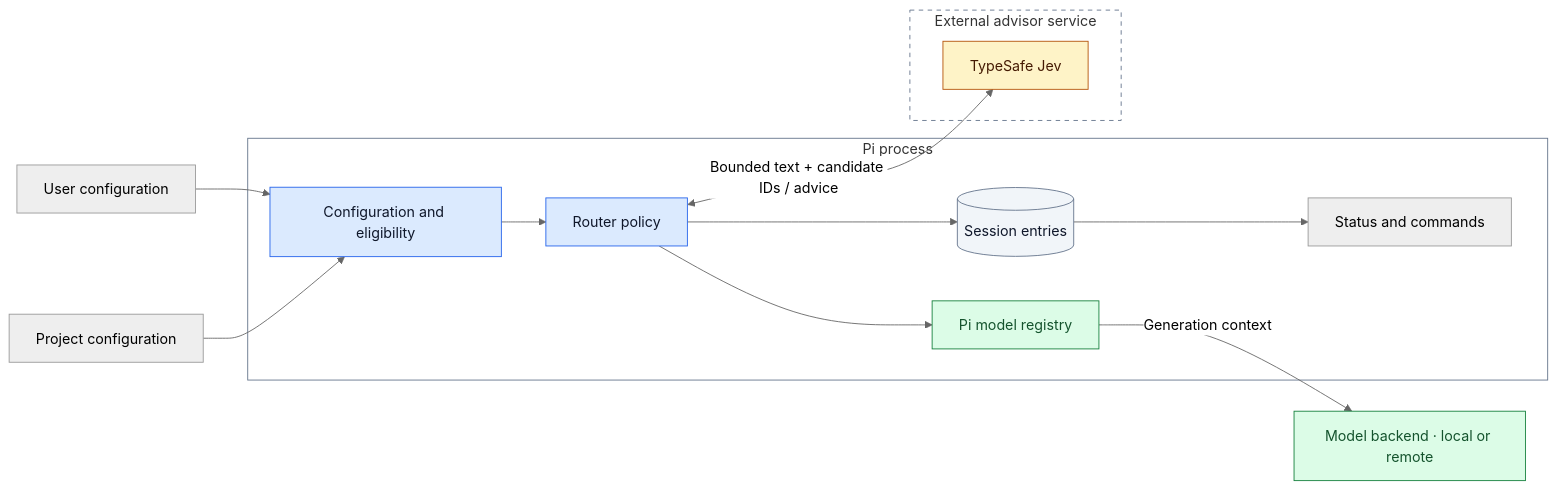
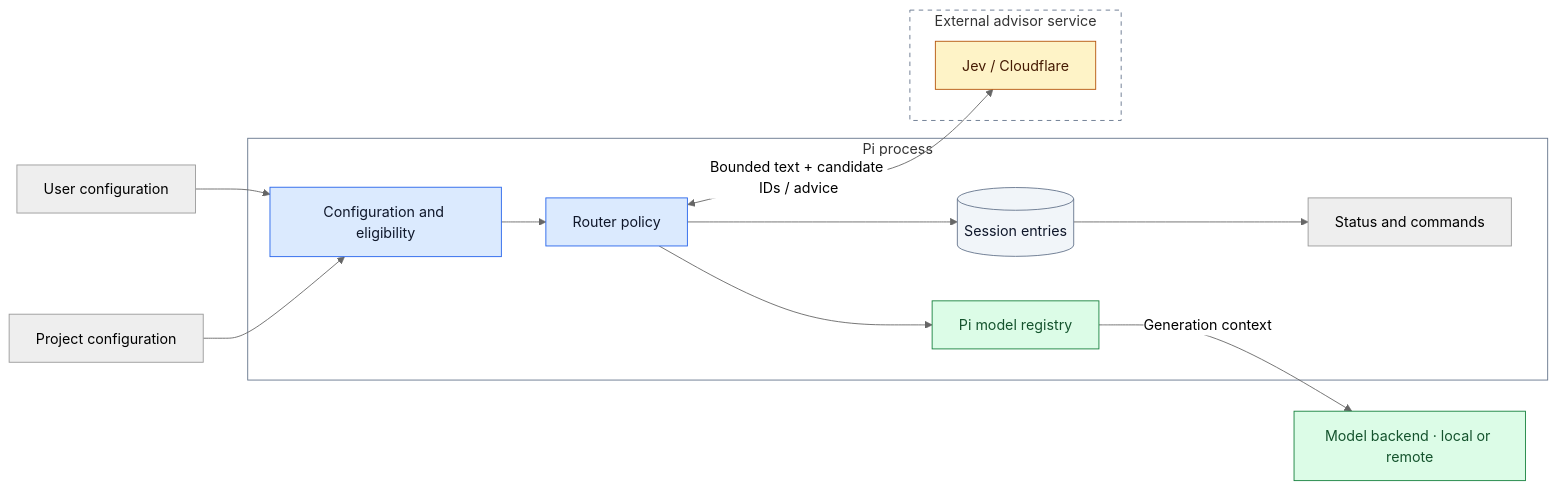
One commit to alexei-led/pi-model-router changed the first of 3 diagrams in docs/architecture.md. Above: the diagram before and after it, drawn with Mermaid (neutral theme). The commit also changed other lines of this file and 43 other files, not shown here.

````diff
--- a/docs/architecture.md
+++ b/docs/architecture.md
@@ -8,26 +8,26 @@
 ```mermaid
 flowchart LR
     User["User configuration"] --> Config
     Project["Project configuration"] --> Config
     subgraph Process["Pi process"]
         Config["Configuration and eligibility"] --> Router["Router policy"]
         Router --> Registry["Pi model registry"]
         Router --> State[("Session entries")]
         State --> UI["Status and commands"]
     end
     subgraph External["External advisor service"]
-        Jev["TypeSafe Jev"]
+        Jev["Jev / Cloudflare"]
     end
     Router <-->|"Bounded text + candidate IDs / advice"| Jev
     Registry -->|"Generation context"| Model["Model backend · local or remote"]
     classDef policy fill:#dbeafe,stroke:#2563eb,color:#0f172a
     classDef advisor fill:#fef3c7,stroke:#b45309,color:#451a03
     classDef generation fill:#dcfce7,stroke:#15803d,color:#14532d
     classDef local fill:#f1f5f9,stroke:#64748b,color:#0f172a
     class Config,Router policy
     class Jev advisor
     class Registry,Model generation
     class State local
     style Process fill:transparent,stroke:#64748b
     style External fill:transparent,stroke:#64748b,stroke-dasharray:5 5
 ```
````
